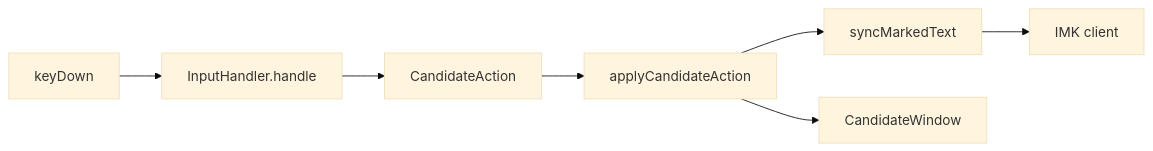
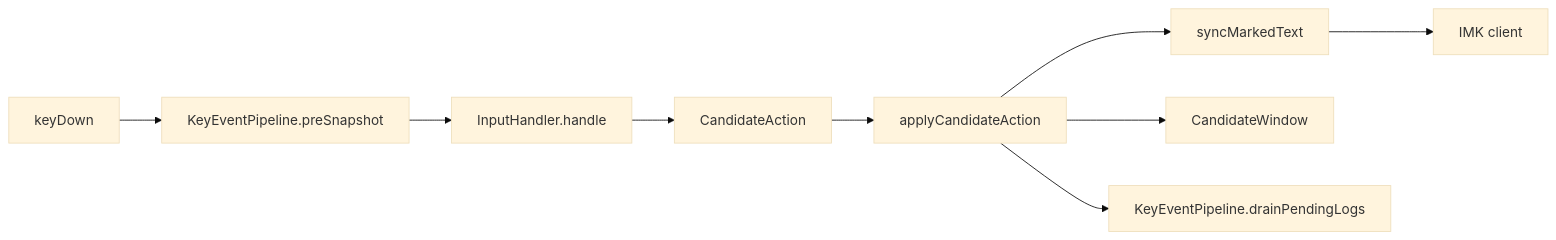
Before and after one commit to YusukeKokubo/keynaco: the second of 2 diagrams in docs/domain/states.md, drawn with Mermaid (base theme). The commit also changed other lines of this file and 1 other file, not shown here.

````diff
--- a/docs/domain/states.md
+++ b/docs/domain/states.md
@@ -56,9 +58,11 @@
 ```mermaid
 flowchart LR
-    KD[keyDown] --> H[InputHandler.handle]
+    KD[keyDown] --> PS[KeyEventPipeline.preSnapshot]
+    PS --> H[InputHandler.handle]
     H --> CA[CandidateAction]
     CA --> ACA[applyCandidateAction]
     ACA --> MT[syncMarkedText]
     ACA --> CW[CandidateWindow]
     MT --> IMK[IMK client]
+    ACA --> DL[KeyEventPipeline.drainPendingLogs]
 ```
````
